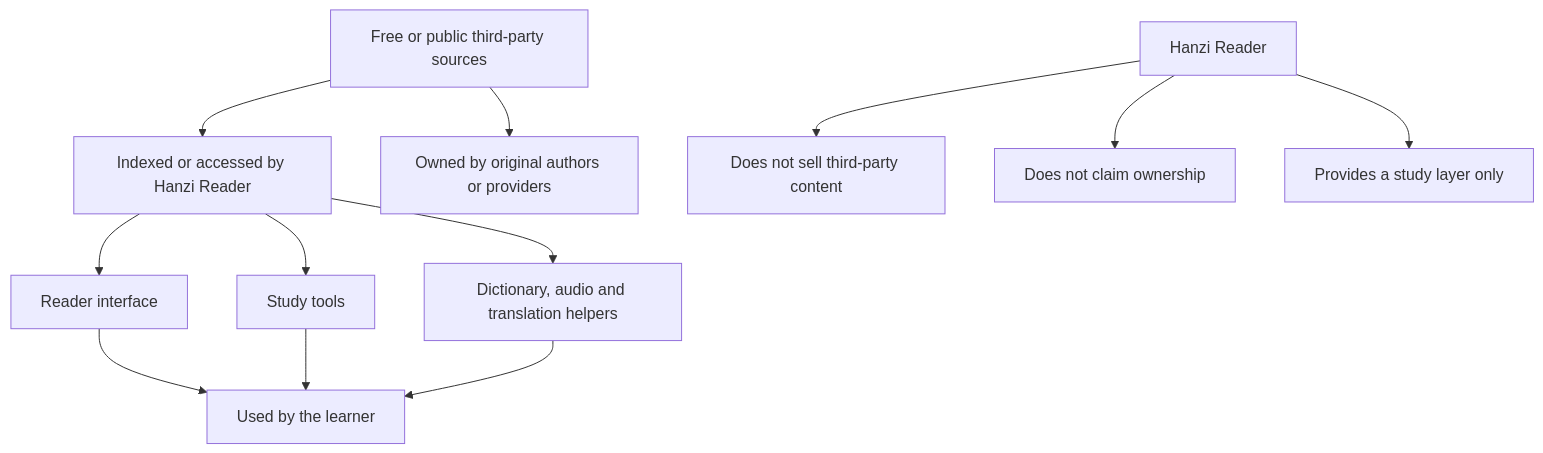
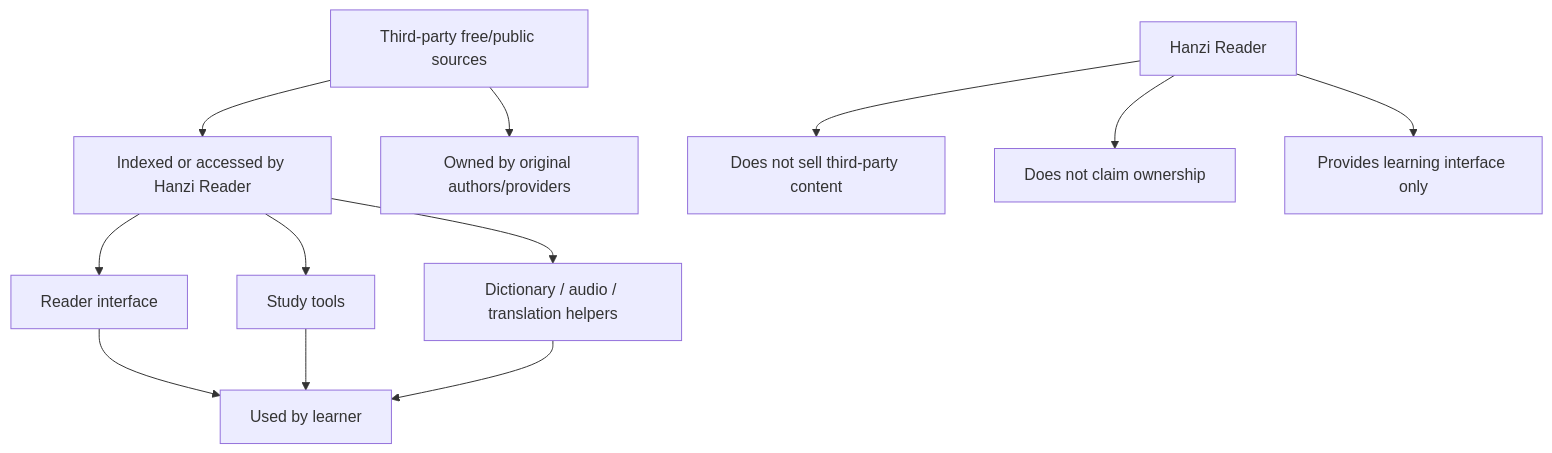
Before and after one commit to HyakkimaruPY/Hanzi-Reader: the fifth of 6 diagrams in README.md, drawn with Mermaid. The commit also changed other lines of this file, not shown here.

````diff
--- a/README.md
+++ b/README.md
@@ -249,17 +223,16 @@
 ```mermaid
 flowchart TB
-    A["Free or public third-party sources"] --> B["Indexed or accessed by Hanzi Reader"]
-    B --> C["Reader interface"]
-    B --> D["Study tools"]
-    B --> E["Dictionary, audio and translation helpers"]
+    A[Third-party free/public sources] --> B[Indexed or accessed by Hanzi Reader]
+    B --> C[Reader interface]
+    B --> D[Study tools]
+    B --> E[Dictionary / audio / translation helpers]
 
-    A --> F["Owned by original authors or providers"]
-
-    C --> G["Used by the learner"]
+    A --> F[Owned by original authors/providers]
+    C --> G[Used by learner]
     D --> G
     E --> G
 
-    H["Hanzi Reader"] --> I["Does not sell third-party content"]
-    H --> J["Does not claim ownership"]
-    H --> K["Provides a study layer only"]
+    H[Hanzi Reader] --> I[Does not sell third-party content]
+    H --> J[Does not claim ownership]
+    H --> K[Provides learning interface only]
 ```
````
